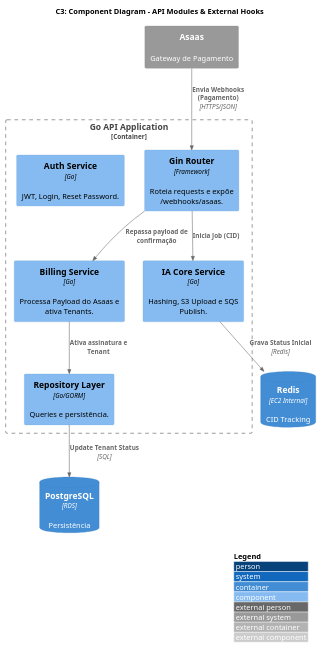
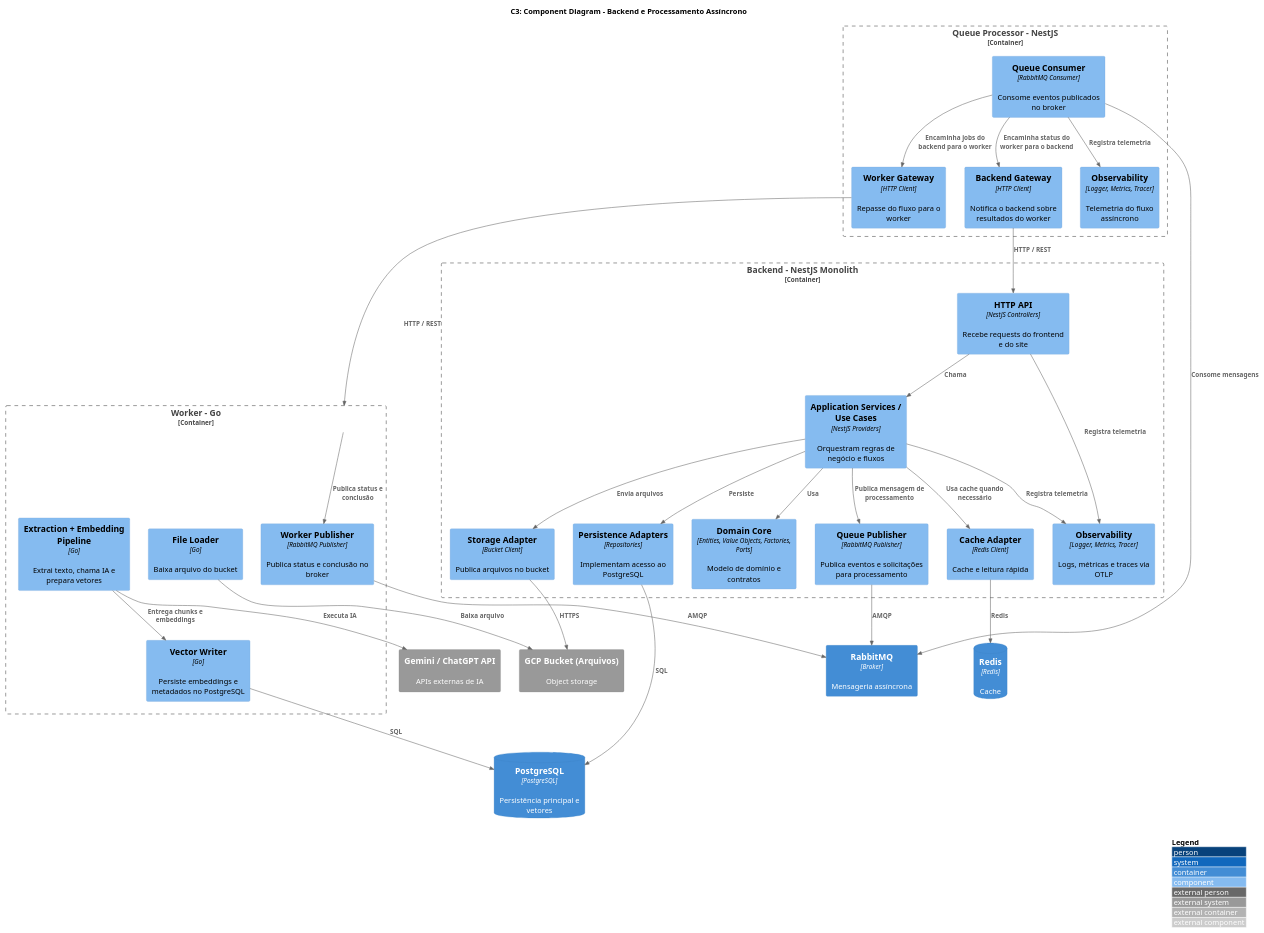
Before and after one commit to matheus-aloisio-lehnen/edital-certo-backend: the diagram in docs/architecture/c3_component.puml, drawn with PlantUML. The commit also changed other lines of this file and 188 other files, not shown here.

```diff
--- a/docs/architecture/c3_component.puml
+++ b/docs/architecture/c3_component.puml
@@ -10,27 +1,69 @@
 @startuml
 !include https://raw.githubusercontent.com/plantuml-stdlib/C4-PlantUML/master/C4_Component.puml
 
 LAYOUT_WITH_LEGEND()
 
-title "C3: Component Diagram - API Modules & External Hooks"
+title "C3: Component Diagram - Backend e Processamento Assíncrono"
 
-System_Ext(asaas, "Asaas", "Gateway de Pagamento")
-ContainerDb(db, "PostgreSQL", "RDS", "Persistência")
-ContainerDb(redis, "Redis", "EC2 Internal", "CID Tracking")
+ContainerDb(db, "PostgreSQL", "PostgreSQL", "Persistência principal e vetores")
+ContainerDb(redis, "Redis", "Redis", "Cache")
+Container(rabbitmq, "RabbitMQ", "Broker", "Mensageria assíncrona")
+System_Ext(gcp_files, "GCP Bucket (Arquivos)", "Object storage")
+System_Ext(ai_api, "Gemini / ChatGPT API", "APIs externas de IA")
 
-Container_Boundary(api, "Go API Application") {
-    Component(router, "Gin Router", "Framework", "Roteia requests e expõe /webhooks/asaas.")
-    Component(auth_svc, "Auth Service", "Go", "JWT, Login, Reset Password.")
-    Component(billing_svc, "Billing Service", "Go", "Processa Payload do Asaas e ativa Tenants.")
-    Component(ia_svc, "IA Core Service", "Go", "Hashing, S3 Upload e SQS Publish.")
-    Component(repo, "Repository Layer", "Go/GORM", "Queries e persistência.")
+Container_Boundary(api, "Backend - NestJS Monolith") {
+    Component(http_api, "HTTP API", "NestJS Controllers", "Recebe requests do frontend e do site")
+    Component(app_services, "Application Services / Use Cases", "NestJS Providers", "Orquestram regras de negócio e fluxos")
+    Component(domain_core, "Domain Core", "Entities, Value Objects, Factories, Ports", "Modelo de domínio e contratos")
+    Component(persistence_adapters, "Persistence Adapters", "Repositories", "Implementam acesso ao PostgreSQL")
+    Component(storage_adapter, "Storage Adapter", "Bucket Client", "Publica arquivos no bucket")
+    Component(queue_publisher, "Queue Publisher", "RabbitMQ Publisher", "Publica eventos e solicitações para processamento")
+    Component(cache_adapter, "Cache Adapter", "Redis Client", "Cache e leitura rápida")
+    Component(observability, "Observability", "Logger, Metrics, Tracer", "Logs, métricas e traces via OTLP")
 }
 
-Rel(asaas, router, "Envia Webhooks (Pagamento)", "HTTPS/JSON")
-Rel(router, billing_svc, "Repassa payload de confirmação")
-Rel(billing_svc, repo, "Ativa assinatura e Tenant")
-Rel(repo, db, "Update Tenant Status", "SQL")
+Container_Boundary(queue_bridge, "Queue Processor - NestJS") {
+    Component(queue_consumer, "Queue Consumer", "RabbitMQ Consumer", "Consome eventos publicados no broker")
+    Component(worker_gateway, "Worker Gateway", "HTTP Client", "Repasse do fluxo para o worker")
+    Component(api_gateway, "Backend Gateway", "HTTP Client", "Notifica o backend sobre resultados do worker")
+    Component(queue_obs, "Observability", "Logger, Metrics, Tracer", "Telemetria do fluxo assíncrono")
+}
 
-Rel(router, ia_svc, "Inicia Job (CID)")
-Rel(ia_svc, redis, "Grava Status Inicial", "Redis")
+Container_Boundary(worker_boundary, "Worker - Go") {
+    Component(file_loader, "File Loader", "Go", "Baixa arquivo do bucket")
+    Component(text_pipeline, "Extraction + Embedding Pipeline", "Go", "Extrai texto, chama IA e prepara vetores")
+    Component(vector_writer, "Vector Writer", "Go", "Persiste embeddings e metadados no PostgreSQL")
+    Component(worker_publisher, "Worker Publisher", "RabbitMQ Publisher", "Publica status e conclusão no broker")
+}
+
+Rel(http_api, app_services, "Chama")
+Rel(app_services, domain_core, "Usa")
+Rel(app_services, persistence_adapters, "Persiste")
+Rel(app_services, storage_adapter, "Envia arquivos")
+Rel(app_services, queue_publisher, "Publica mensagem de processamento")
+Rel(app_services, cache_adapter, "Usa cache quando necessário")
+Rel(http_api, observability, "Registra telemetria")
+Rel(app_services, observability, "Registra telemetria")
+
+Rel(persistence_adapters, db, "SQL")
+Rel(cache_adapter, redis, "Redis")
+Rel(storage_adapter, gcp_files, "HTTPS")
+Rel(queue_publisher, rabbitmq, "AMQP")
+
+Rel(queue_consumer, rabbitmq, "Consome mensagens")
+Rel(queue_consumer, worker_gateway, "Encaminha jobs do backend para o worker")
+Rel(queue_consumer, api_gateway, "Encaminha status do worker para o backend")
+Rel(queue_consumer, queue_obs, "Registra telemetria")
+
+Rel(worker_gateway, worker_boundary, "HTTP / REST")
+Rel(api_gateway, http_api, "HTTP / REST")
+
+Rel(file_loader, gcp_files, "Baixa arquivo")
+Rel(text_pipeline, ai_api, "Executa IA")
+Rel(text_pipeline, vector_writer, "Entrega chunks e embeddings")
+Rel(vector_writer, db, "SQL")
+Rel(worker_publisher, rabbitmq, "AMQP")
+
+Rel(worker_boundary, worker_publisher, "Publica status e conclusão")
+
 @enduml
```
